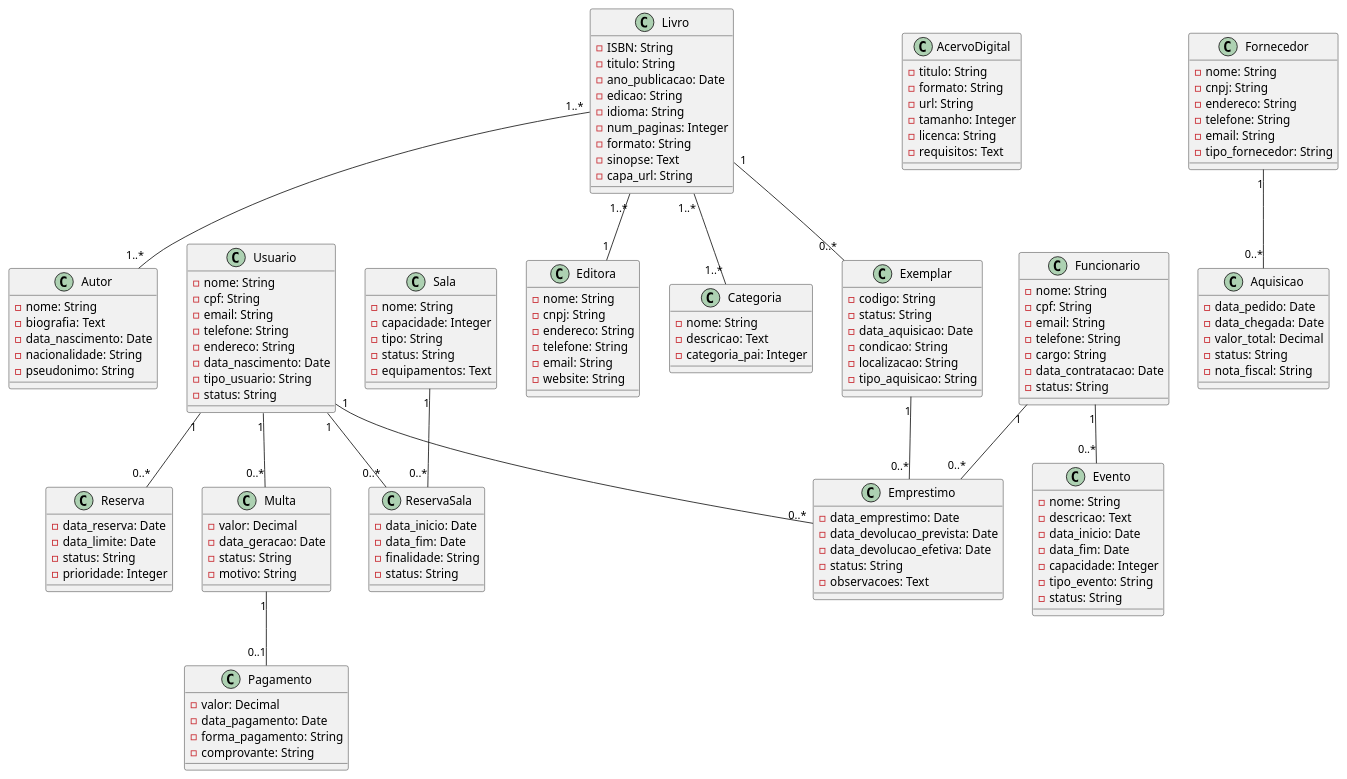
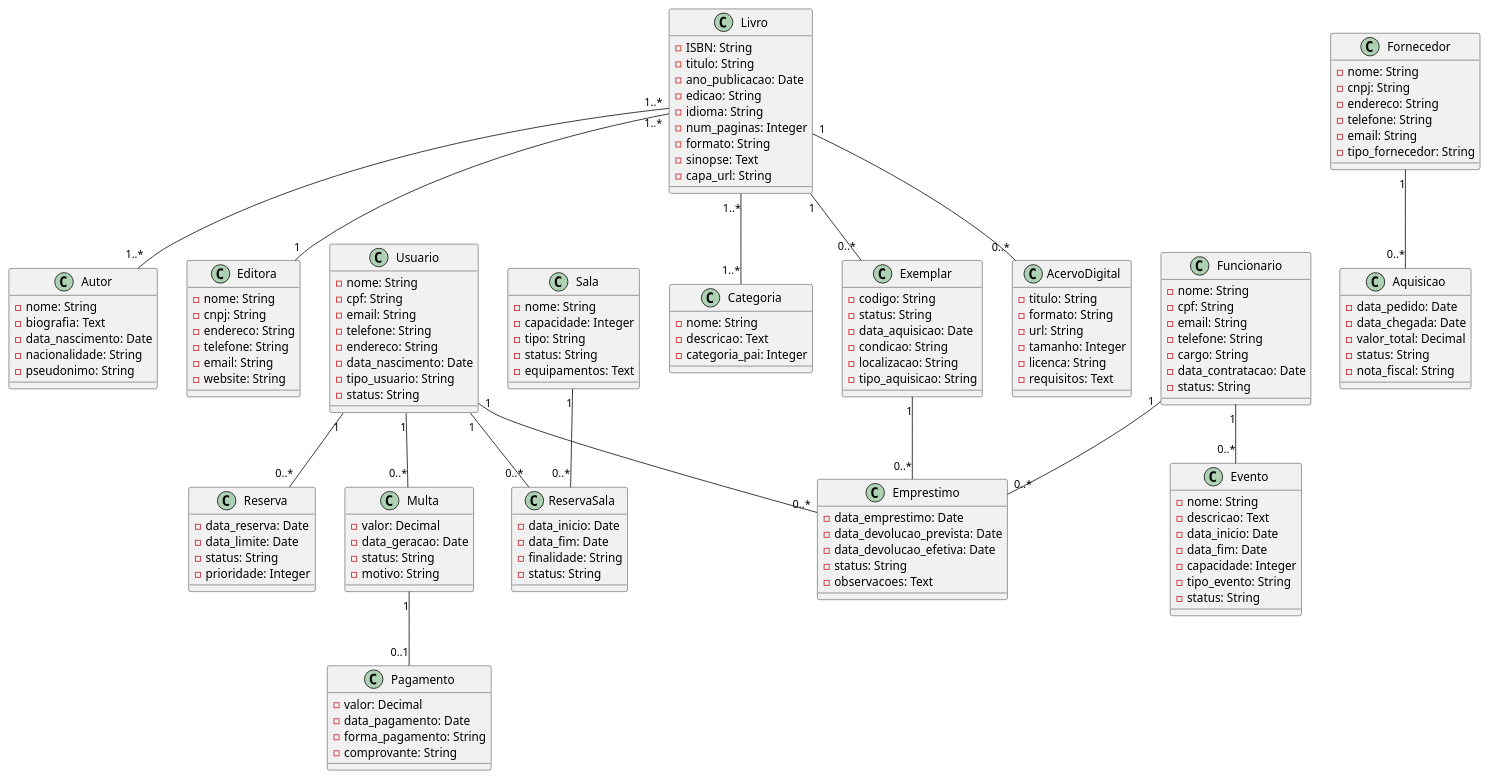
The diagram in PRJ-Final/conceitual.plantuml (Langsch/BD2-Projetos), drawn with PlantUML before and after one commit. The commit also changed 7 other files, not shown here.

```diff
--- a/PRJ-Final/conceitual.plantuml
+++ b/PRJ-Final/conceitual.plantuml
@@ -1,162 +1,163 @@
-@startuml
+@startuml Biblioteca
     class Livro {
         -ISBN: String
         -titulo: String
         -ano_publicacao: Date
         -edicao: String
         -idioma: String
         -num_paginas: Integer
         -formato: String
         -sinopse: Text
         -capa_url: String
+    }
+
+    class AcervoDigital {
+        -titulo: String
+        -formato: String
+        -url: String
+        -tamanho: Integer
+        -licenca: String
+        -requisitos: Text
     }
 
     class Exemplar {
         -codigo: String
         -status: String
         -data_aquisicao: Date
         -condicao: String
         -localizacao: String
         -tipo_aquisicao: String
     }
 
     class Autor {
         -nome: String
         -biografia: Text
         -data_nascimento: Date
         -nacionalidade: String
         -pseudonimo: String
     }
 
     class Editora {
         -nome: String
         -cnpj: String
         -endereco: String
         -telefone: String
         -email: String
         -website: String
     }
 
     class Categoria {
         -nome: String
         -descricao: Text
         -categoria_pai: Integer
     }
 
     class Usuario {
         -nome: String
         -cpf: String
         -email: String
         -telefone: String
         -endereco: String
         -data_nascimento: Date
         -tipo_usuario: String
         -status: String
     }
 
     class Funcionario {
         -nome: String
         -cpf: String
         -email: String
         -telefone: String
         -cargo: String
         -data_contratacao: Date
         -status: String
     }
 
     class Emprestimo {
         -data_emprestimo: Date
         -data_devolucao_prevista: Date
         -data_devolucao_efetiva: Date
         -status: String
         -observacoes: Text
     }
 
     class Reserva {
         -data_reserva: Date
         -data_limite: Date
         -status: String
         -prioridade: Integer
     }
 
     class Multa {
         -valor: Decimal
         -data_geracao: Date
         -status: String
         -motivo: String
     }
 
     class Pagamento {
         -valor: Decimal
         -data_pagamento: Date
         -forma_pagamento: String
         -comprovante: String
     }
 
     class Evento {
         -nome: String
         -descricao: Text
         -data_inicio: Date
         -data_fim: Date
         -capacidade: Integer
         -tipo_evento: String
         -status: String
     }
 
     class Sala {
         -nome: String
         -capacidade: Integer
         -tipo: String
         -status: String
         -equipamentos: Text
     }
 
     class ReservaSala {
         -data_inicio: Date
         -data_fim: Date
         -finalidade: String
         -status: String
     }
 
-    class AcervoDigital {
-        -titulo: String
-        -formato: String
-        -url: String
-        -tamanho: Integer
-        -licenca: String
-        -requisitos: Text
-    }
-
     class Fornecedor {
         -nome: String
         -cnpj: String
         -endereco: String
         -telefone: String
         -email: String
         -tipo_fornecedor: String
     }
 
     class Aquisicao {
         -data_pedido: Date
         -data_chegada: Date
         -valor_total: Decimal
         -status: String
         -nota_fiscal: String
     }
 
     Livro "1" -- "0..*" Exemplar
+    Livro "1" -- "0..*" AcervoDigital
     Livro "1..*" -- "1..*" Autor
     Livro "1..*" -- "1" Editora
     Livro "1..*" -- "1..*" Categoria
     Exemplar "1" -- "0..*" Emprestimo
     Usuario "1" -- "0..*" Emprestimo
     Usuario "1" -- "0..*" Reserva
     Usuario "1" -- "0..*" Multa
     Multa "1" -- "0..1" Pagamento
     Usuario "1" -- "0..*" ReservaSala
     Sala "1" -- "0..*" ReservaSala
     Fornecedor "1" -- "0..*" Aquisicao
     Funcionario "1" -- "0..*" Emprestimo
     Funcionario "1" -- "0..*" Evento
 
 @enduml
```
